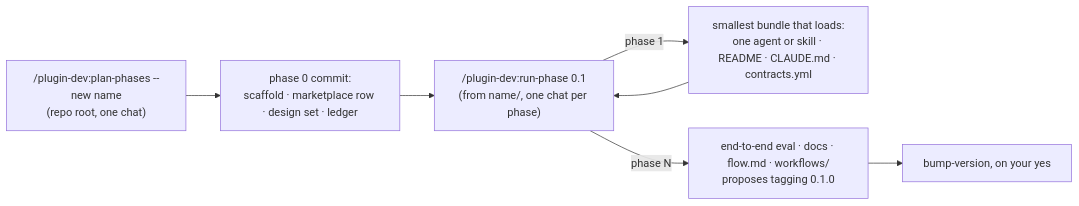
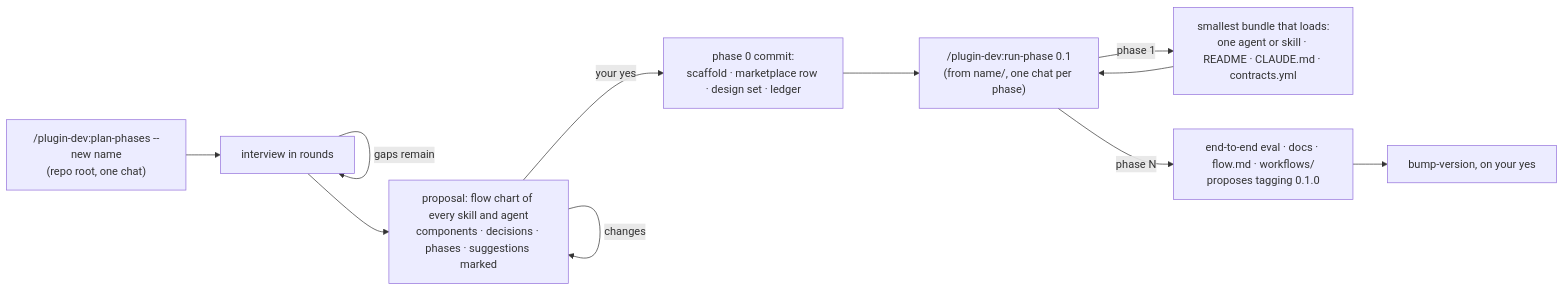
Before and after one commit to cott435/cott-plugins: the diagram in plugin-dev/site/workflows/new-plugin.md, drawn with Mermaid. The commit also changed other lines of this file and 6 other files, not shown here.

First line of the commit message:
plugin-dev: plan-phases interviews in rounds and waits for approval of a flow-chart proposal

````diff
--- a/plugin-dev/site/workflows/new-plugin.md
+++ b/plugin-dev/site/workflows/new-plugin.md
@@ -24,9 +24,13 @@
 ```mermaid
 flowchart LR
-  A["/plugin-dev:plan-phases --new name<br/>(repo root, one chat)"] --> B["phase 0 commit:<br/>scaffold · marketplace row · design set · ledger"]
+  A["/plugin-dev:plan-phases --new name<br/>(repo root, one chat)"] --> I["interview in rounds"]
+  I -->|gaps remain| I
+  I --> P["proposal: flow chart of every skill and agent<br/>components · decisions · phases · suggestions marked"]
+  P -->|changes| P
+  P -->|your yes| B["phase 0 commit:<br/>scaffold · marketplace row · design set · ledger"]
   B --> C["/plugin-dev:run-phase 0.1<br/>(from name/, one chat per phase)"]
   C -->|phase 1| D["smallest bundle that loads:<br/>one agent or skill · README · CLAUDE.md · contracts.yml"]
   D --> C
   C -->|phase N| E["end-to-end eval · docs · flow.md · workflows/<br/>proposes tagging 0.1.0"]
   E --> F["bump-version, on your yes"]
 ```
````
